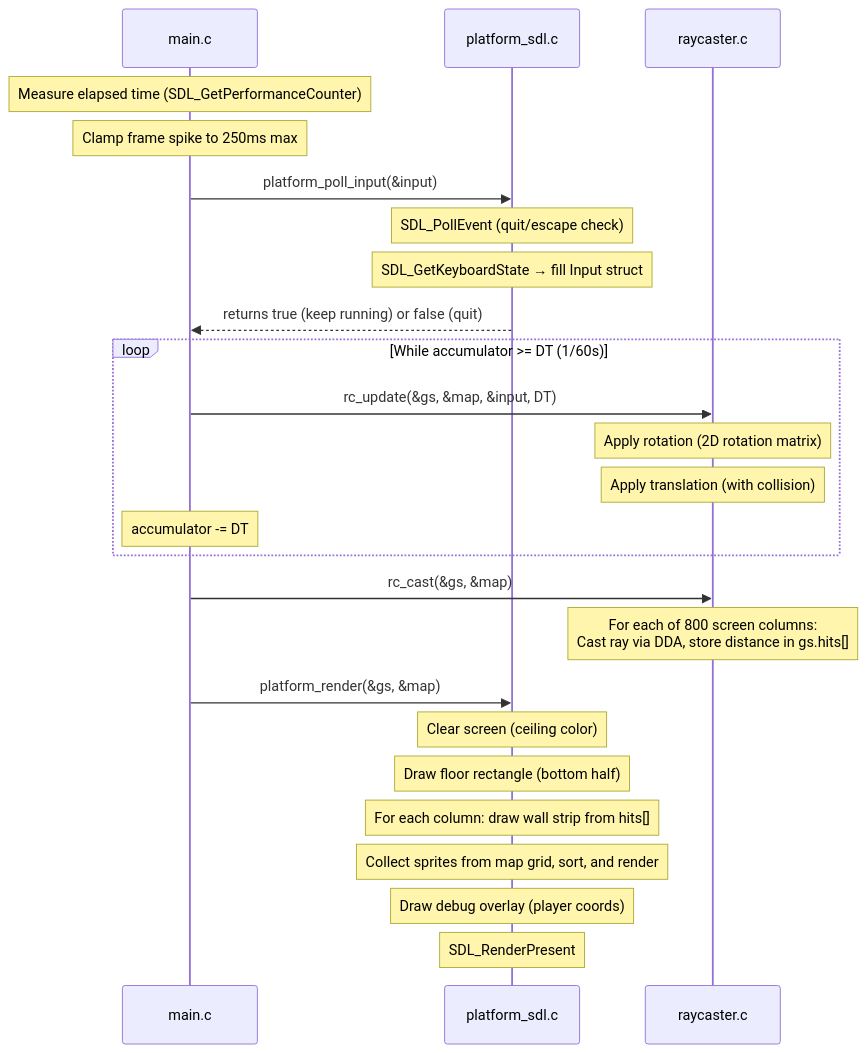
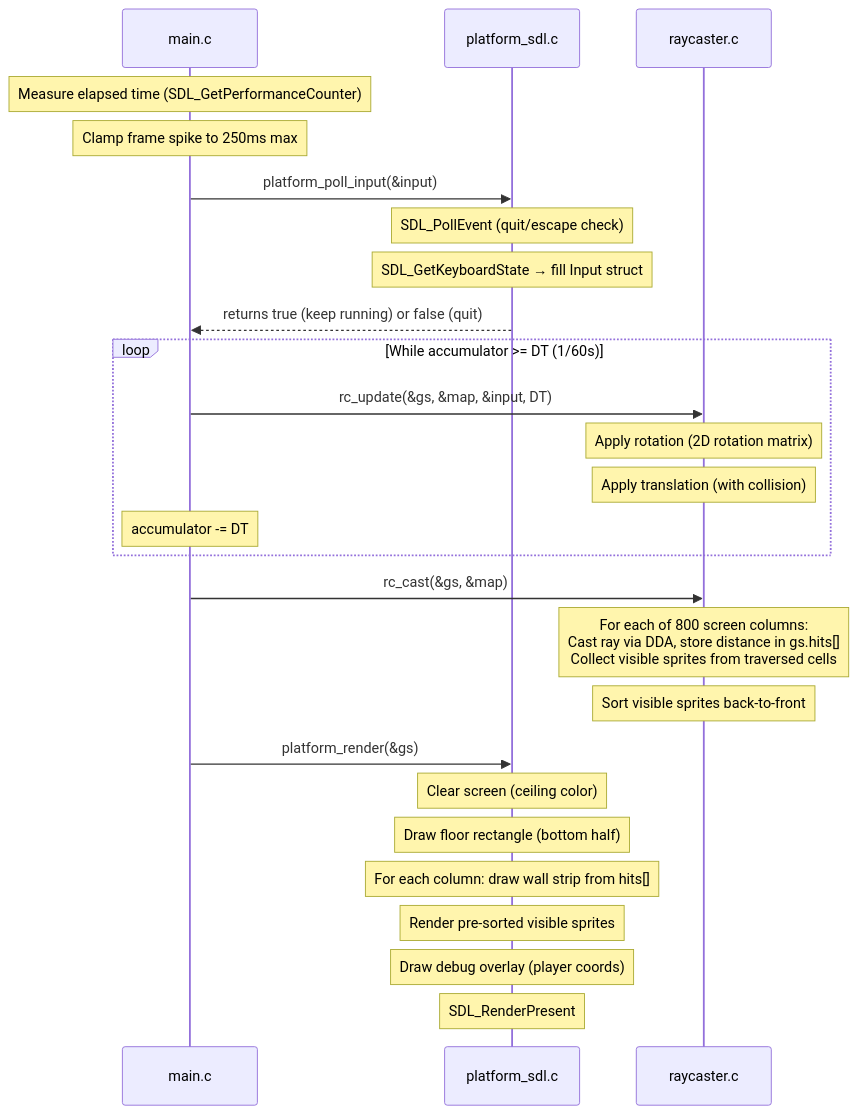
One commit to seanhodges/simple-3d-raycaster-game changed the third of 5 diagrams in docs/ARCHITECTURE.md. Above: the diagram before and after it, drawn with Mermaid. The commit also changed other lines of this file and 10 other files, not shown here.

First line of the commit message:
Collect visible sprites during DDA raycasting instead of scanning grid

````diff
--- a/docs/ARCHITECTURE.md
+++ b/docs/ARCHITECTURE.md
@@ -181,32 +182,33 @@
 ```mermaid
 sequenceDiagram
     participant Main as main.c
     participant Plat as platform_sdl.c
     participant Core as raycaster.c
 
     Note over Main: Measure elapsed time (SDL_GetPerformanceCounter)
     Note over Main: Clamp frame spike to 250ms max
 
     Main->>Plat: platform_poll_input(&input)
     Note over Plat: SDL_PollEvent (quit/escape check)
     Note over Plat: SDL_GetKeyboardState → fill Input struct
     Plat-->>Main: returns true (keep running) or false (quit)
 
     loop While accumulator >= DT (1/60s)
         Main->>Core: rc_update(&gs, &map, &input, DT)
         Note over Core: Apply rotation (2D rotation matrix)
         Note over Core: Apply translation (with collision)
         Note over Main: accumulator -= DT
     end
 
     Main->>Core: rc_cast(&gs, &map)
-    Note over Core: For each of 800 screen columns:<br/>Cast ray via DDA, store distance in gs.hits[]
+    Note over Core: For each of 800 screen columns:<br/>Cast ray via DDA, store distance in gs.hits[]<br/>Collect visible sprites from traversed cells
+    Note over Core: Sort visible sprites back-to-front
 
-    Main->>Plat: platform_render(&gs, &map)
+    Main->>Plat: platform_render(&gs)
     Note over Plat: Clear screen (ceiling color)
     Note over Plat: Draw floor rectangle (bottom half)
     Note over Plat: For each column: draw wall strip from hits[]
-    Note over Plat: Collect sprites from map grid, sort, and render
+    Note over Plat: Render pre-sorted visible sprites
     Note over Plat: Draw debug overlay (player coords)
     Note over Plat: SDL_RenderPresent
 ```
````
